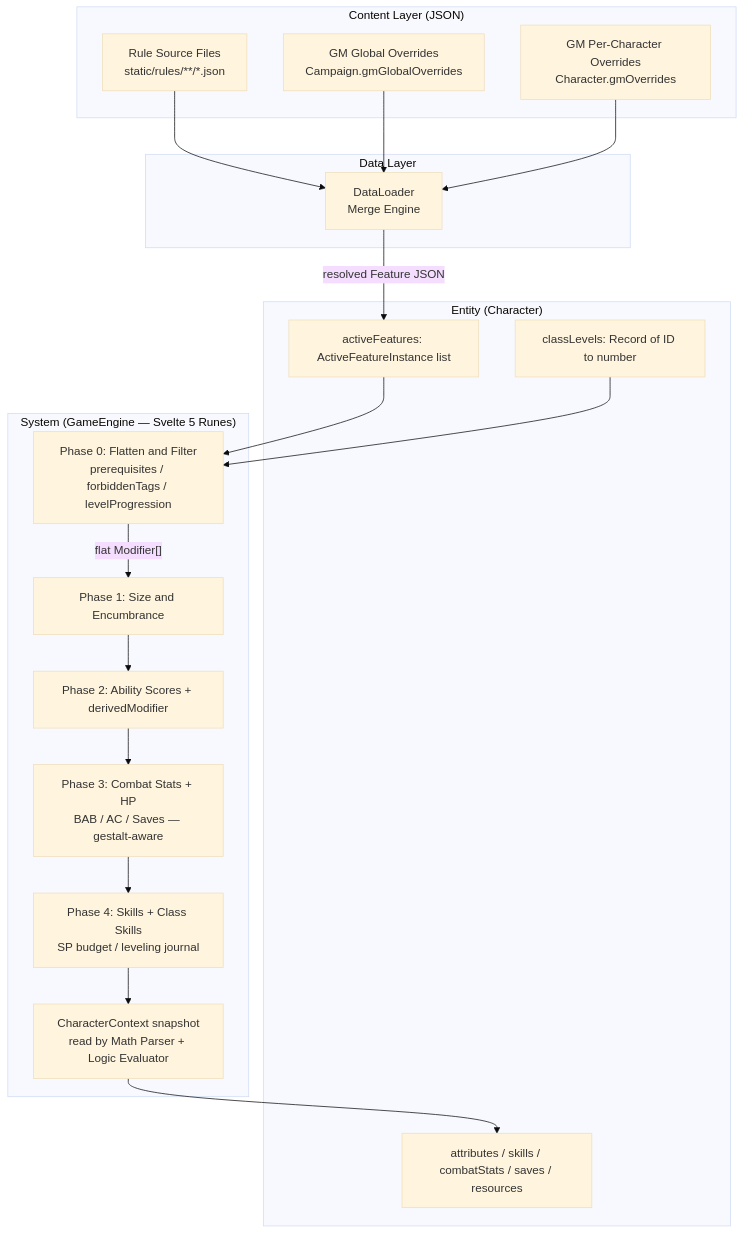
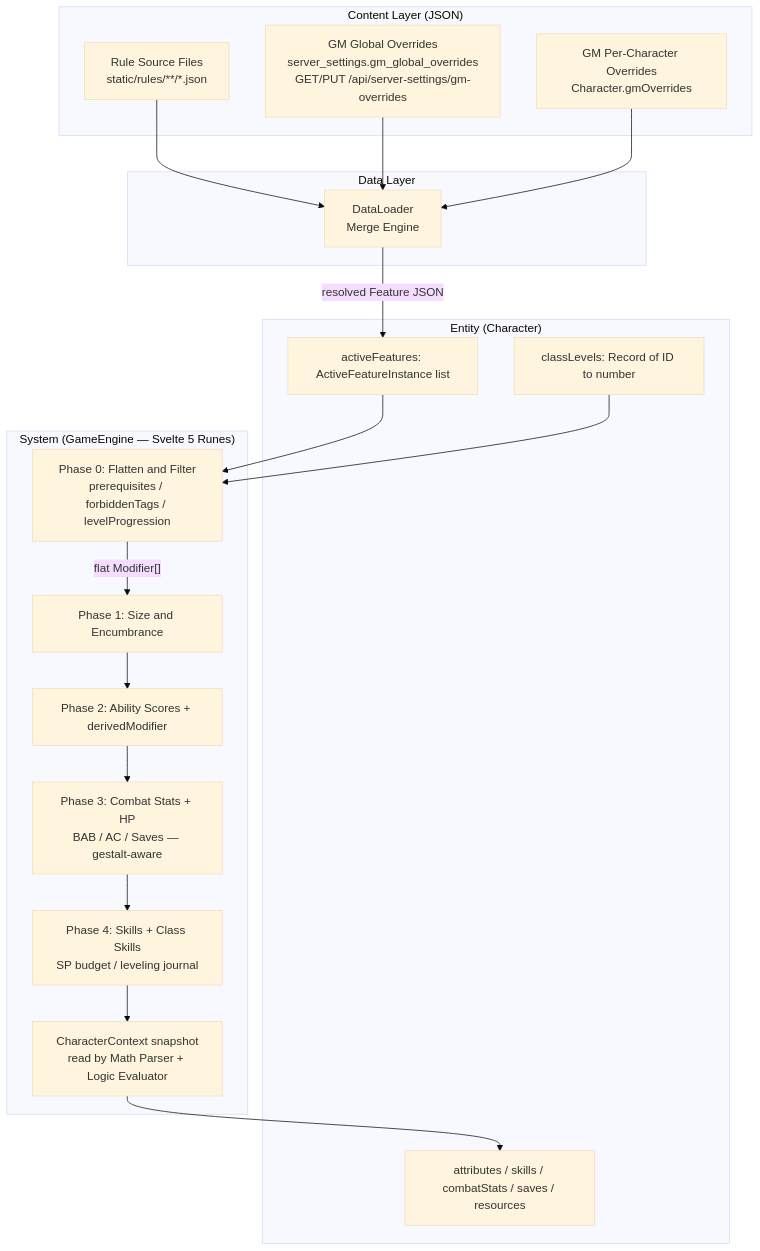
One commit to tartampluch/character-vault changed the first of 5 diagrams in ARCHITECTURE.md. Above: the diagram before and after it, drawn with Mermaid (base theme). The commit also changed other lines of this file and 19 other files, not shown here.

First line of the commit message:
feat(server-settings): move GM global overrides to server-wide settings

````diff
--- a/ARCHITECTURE.md
+++ b/ARCHITECTURE.md
@@ -12,41 +12,41 @@
 ```mermaid
 graph TD
     subgraph "Content Layer (JSON)"
         RS[Rule Source Files<br/>static/rules/**/*.json]
-        GM_G[GM Global Overrides<br/>Campaign.gmGlobalOverrides]
+        GM_G[GM Global Overrides<br/>server_settings.gm_global_overrides<br/>GET/PUT /api/server-settings/gm-overrides]
         GM_C[GM Per-Character Overrides<br/>Character.gmOverrides]
     end
 
     subgraph "Data Layer"
         DL[DataLoader<br/>Merge Engine]
         RS --> DL
         GM_G --> DL
         GM_C --> DL
     end
 
     subgraph "Entity (Character)"
         AFI[activeFeatures: ActiveFeatureInstance list]
         CL[classLevels: Record of ID to number]
         PIPE[attributes / skills / combatStats / saves / resources]
     end
 
     subgraph "System (GameEngine — Svelte 5 Runes)"
         P0[Phase 0: Flatten and Filter<br/>prerequisites / forbiddenTags / levelProgression]
         P1[Phase 1: Size and Encumbrance]
         P2[Phase 2: Ability Scores + derivedModifier]
         P3[Phase 3: Combat Stats + HP<br/>BAB / AC / Saves — gestalt-aware]
         P4[Phase 4: Skills + Class Skills<br/>SP budget / leveling journal]
         OUT[CharacterContext snapshot<br/>read by Math Parser + Logic Evaluator]
 
         P0 -->|flat Modifier#91;#93;| P1
         P1 --> P2
         P2 --> P3
         P3 --> P4
         P4 --> OUT
     end
 
     DL -->|resolved Feature JSON| AFI
     AFI --> P0
     CL --> P0
     OUT --> PIPE
 ```
````
